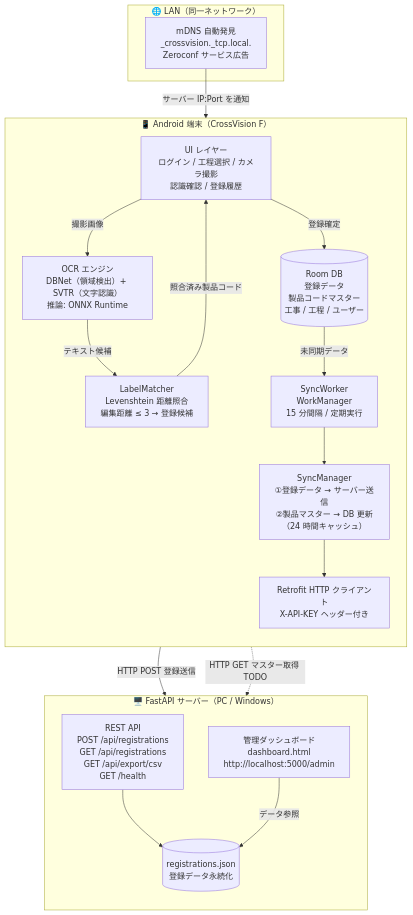
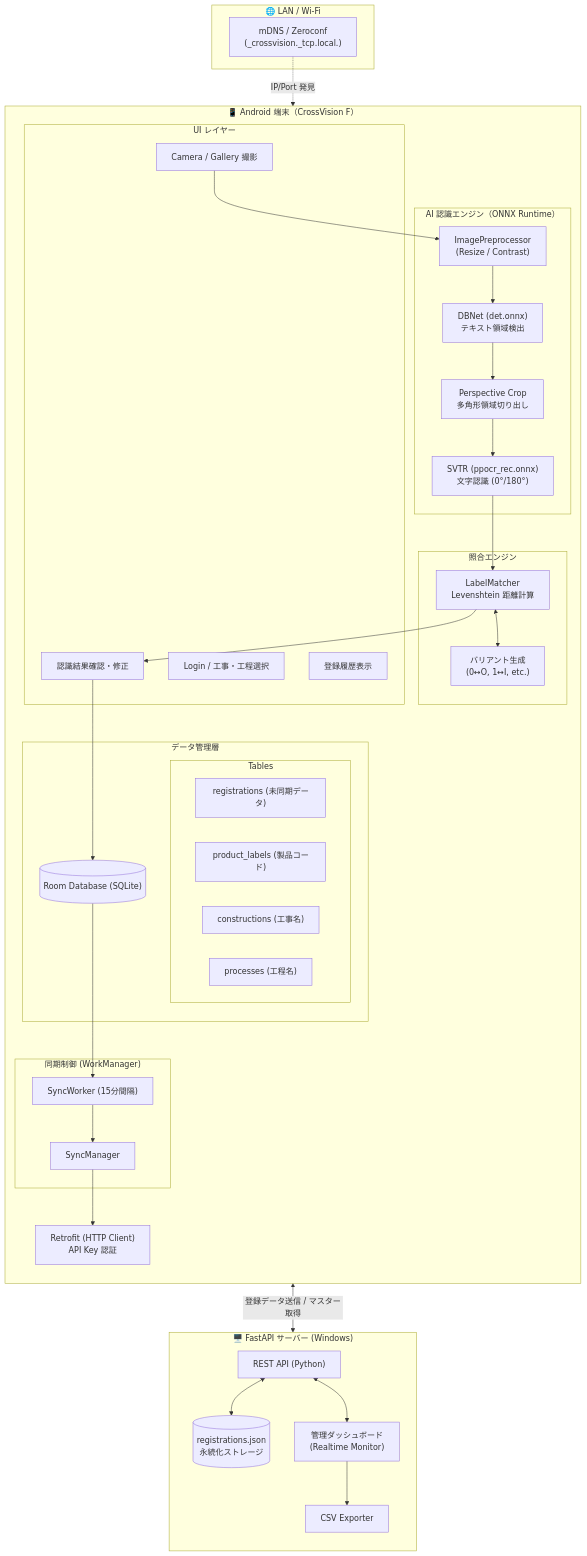
The diagram in README.md (iput04-isono/Solution), drawn with Mermaid before and after one commit. The commit also changed other lines of this file, not shown here.

Commit message:
docs: システム構成図を詳細化

````diff
--- a/README.md
+++ b/README.md
@@ -20,37 +20,73 @@
 ```mermaid
 graph TB
     subgraph Android["📱 Android 端末（CrossVision F）"]
         direction TB
-        UI["UI レイヤー\nログイン / 工程選択 / カメラ撮影\n認識確認 / 登録履歴"]
-        OCR["OCR エンジン\nDBNet（領域検出）+ SVTR（文字認識）\n推論: ONNX Runtime"]
-        LM["LabelMatcher\nLevenshtein 距離照合\n編集距離 ≤ 3 → 登録候補"]
-        DB[("Room DB\n登録データ\n製品コードマスター\n工事 / 工程 / ユーザー")]
-        SW["SyncWorker\nWorkManager\n15 分間隔 / 定期実行"]
-        SM["SyncManager\n①登録データ → サーバー送信\n②製品マスター → DB 更新\n（24 時間キャッシュ）"]
-        RC["Retrofit HTTP クライアント\nX-API-KEY ヘッダー付き"]
+        subgraph UI["UI レイヤー"]
+            LC["Login / 工事・工程選択"]
+            CAM["Camera / Gallery 撮影"]
+            CONF["認識結果確認・修正"]
+            HIST["登録履歴表示"]
+        end
+
+        subgraph OCR["AI 認識エンジン（ONNX Runtime）"]
+            PRE["ImagePreprocessor\n(Resize / Contrast)"]
+            DET["DBNet (det.onnx)\nテキスト領域検出"]
+            CROP["Perspective Crop\n多角形領域切り出し"]
+            REC["SVTR (ppocr_rec.onnx)\n文字認識 (0°/180°)"]
+        end
+
+        subgraph MATCH["照合エンジン"]
+            LM["LabelMatcher\nLevenshtein 距離計算"]
+            VAR["バリアント生成\n(0↔O, 1↔I, etc.)"]
+        end
+
+        subgraph DATA["データ管理層"]
+            DB[("Room Database (SQLite)")]
+            subgraph Tables["Tables"]
+                T_REG["registrations (未同期データ)"]
+                T_PROD["product_labels (製品コード)"]
+                T_CONS["constructions (工事名)"]
+                T_PROC["processes (工程名)"]
+            end
+        end
+
+        subgraph SYNC["同期制御 (WorkManager)"]
+            SW["SyncWorker (15分間隔)"]
+            SM["SyncManager"]
+        end
+
+        RC["Retrofit (HTTP Client)\nAPI Key 認証"]
     end
 
-    subgraph LAN["🌐 LAN（同一ネットワーク）"]
-        MDNS["mDNS 自動発見\n_crossvision._tcp.local.\nZeroconf サービス広告"]
+    subgraph NET["🌐 LAN / Wi-Fi"]
+        MDNS["mDNS / Zeroconf\n(_crossvision._tcp.local.)"]
     end
 
-    subgraph SRV["🖥️ FastAPI サーバー（PC / Windows）"]
+    subgraph SRV["🖥️ FastAPI サーバー (Windows)"]
         direction TB
-        API["REST API\nPOST /api/registrations\nGET  /api/registrations\nGET  /api/export/csv\nGET  /health"]
-        DASH["管理ダッシュボード\ndashboard.html\nhttp://localhost:5000/admin"]
-        JSON[("registrations.json\n登録データ永続化")]
+        API["REST API (Python)"]
+        DASH["管理ダッシュボード\n(Realtime Monitor)"]
+        STORAGE[("registrations.json\n永続化ストレージ")]
+        CSV["CSV Exporter"]
     end
 
-    UI -->|撮影画像| OCR
-    OCR -->|テキスト候補| LM
-    LM -->|照合済み製品コード| UI
-    UI -->|登録確定| DB
-    DB -->|未同期データ| SW
+    %% Flows
+    CAM --> PRE
+    PRE --> DET
+    DET --> CROP
+    CROP --> REC
+    REC --> LM
+    LM <--> VAR
+    LM --> CONF
+    CONF --> DB
+    
+    DB --> SW
     SW --> SM
     SM --> RC
-    MDNS -->|サーバー IP:Port を通知| RC
-    RC -->|HTTP POST 登録送信| API
-    RC -.->|HTTP GET マスター取得 TODO| API
-    API --> JSON
-    DASH -->|データ参照| JSON
+    
+    MDNS -.->|IP/Port 発見| RC
+    RC <-->|登録データ送信 / マスター取得| API
+    API <--> STORAGE
+    API <--> DASH
+    DASH --> CSV
 ```
````
